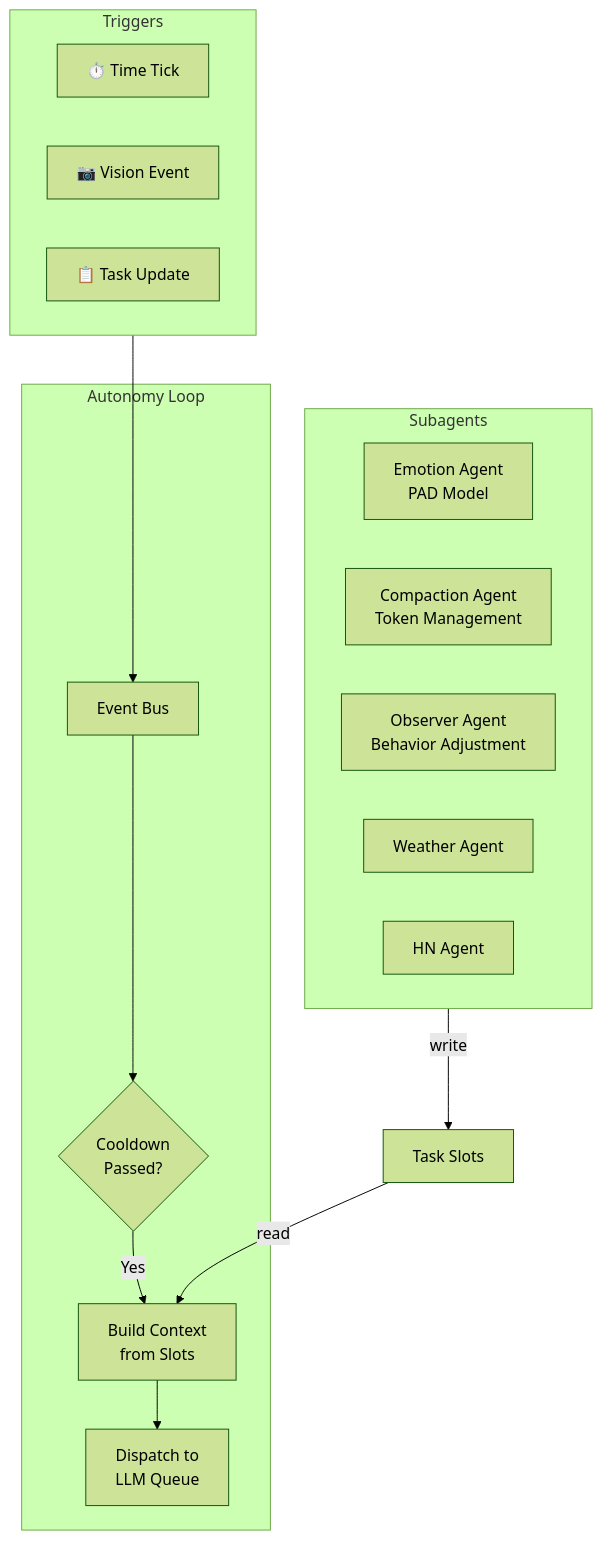
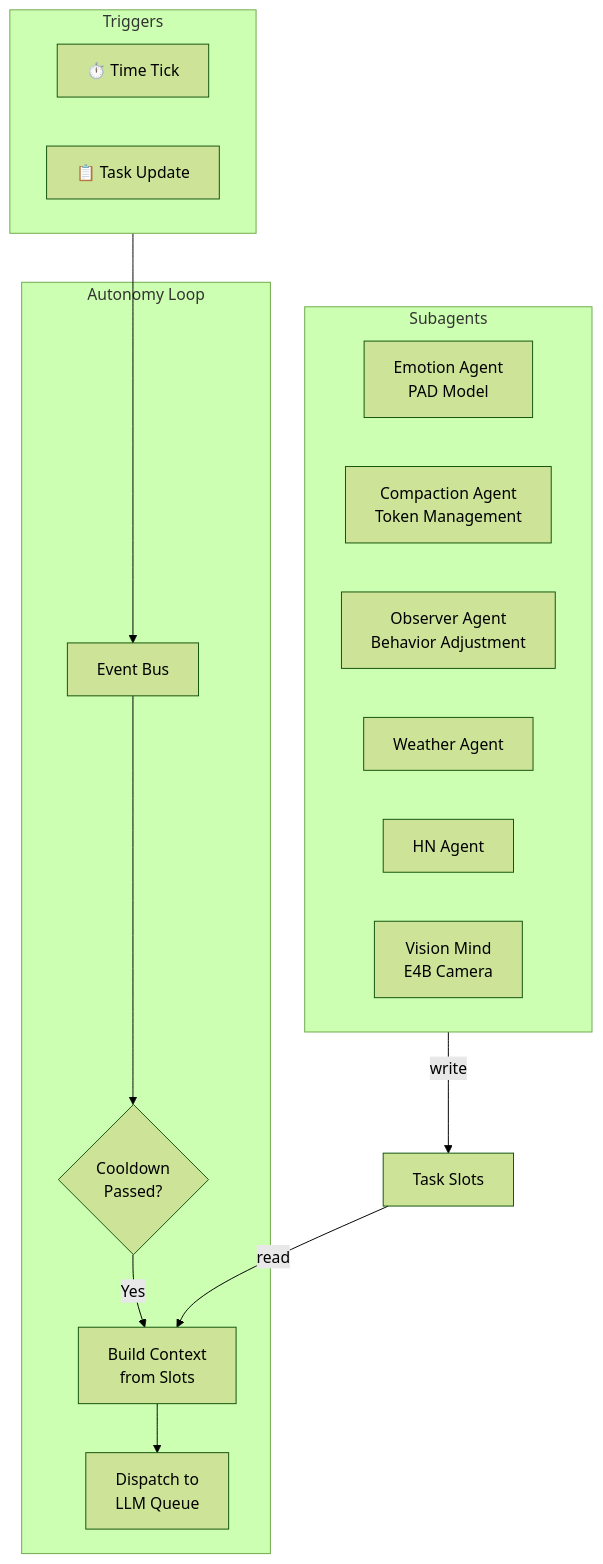
Before and after one commit to dnhkng/GLaDOS: the fourth of 5 diagrams in README.md, drawn with Mermaid (forest theme). The commit also changed other lines of this file and 76 other files, not shown here.

````diff
--- a/README.md
+++ b/README.md
@@ -221,28 +221,28 @@
 ```mermaid
 flowchart TB
     subgraph Triggers
         tick[⏱️ Time Tick]
-        vision[📷 Vision Event]
         task[📋 Task Update]
     end
 
     subgraph Loop["Autonomy Loop"]
         bus[Event Bus]
         cooldown{Cooldown<br/>Passed?}
         build[Build Context<br/>from Slots]
         dispatch[Dispatch to<br/>LLM Queue]
     end
 
     subgraph Agents["Subagents"]
         emotion[Emotion Agent<br/>PAD Model]
         compact[Compaction Agent<br/>Token Management]
         observer[Observer Agent<br/>Behavior Adjustment]
         weather[Weather Agent]
         news[HN Agent]
+        vision[Vision Mind<br/>E4B Camera]
     end
 
     Triggers --> bus --> cooldown
     cooldown -->|Yes| build --> dispatch
     Agents -->|write| slots[Task Slots]
     slots -->|read| build
 ```
````
